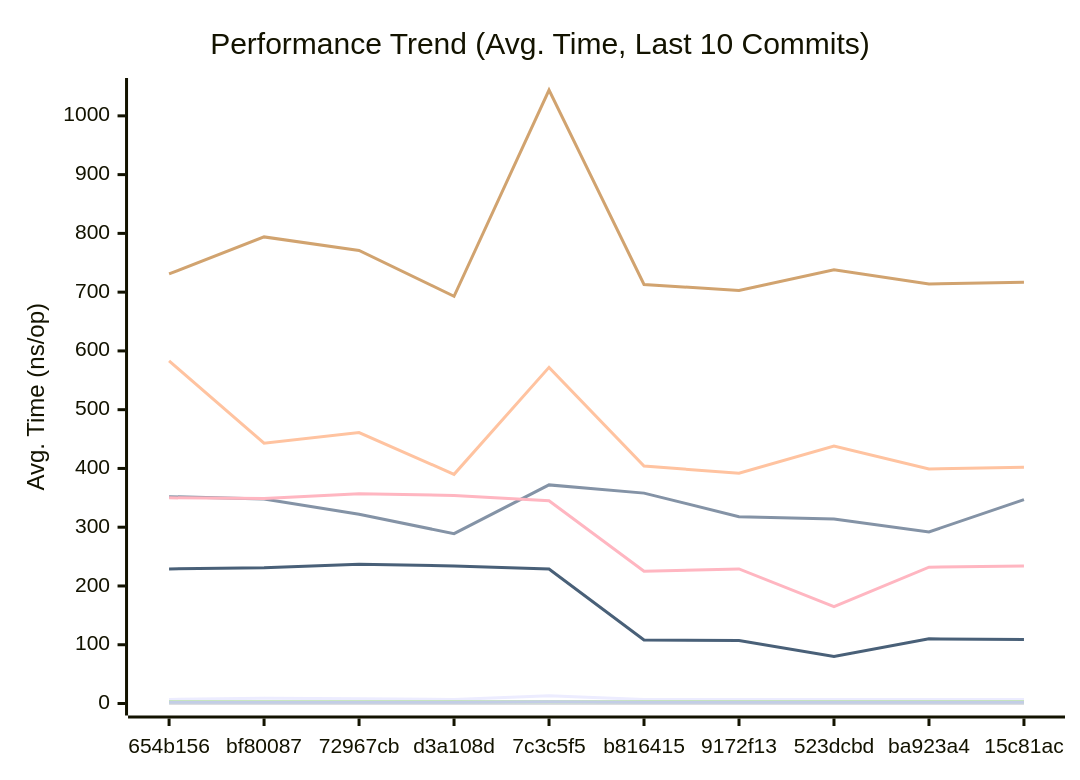
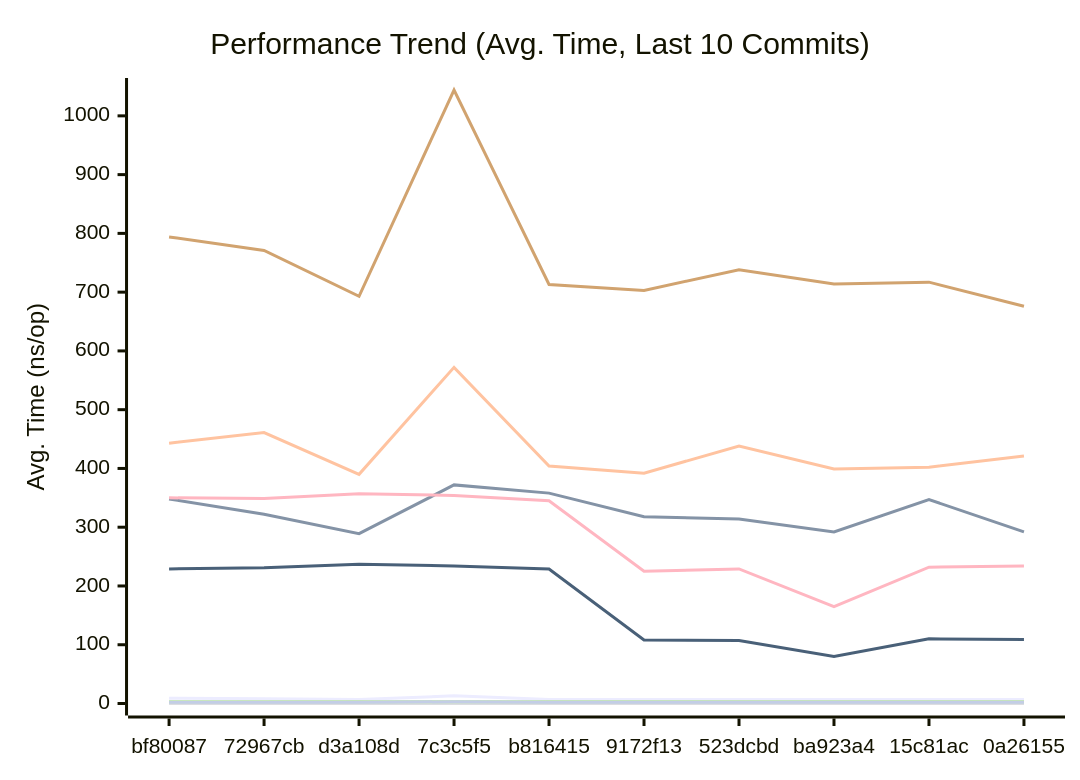
The first of 3 diagrams in docs/PERFORMANCE.md (alsotoes/momo), drawn with Mermaid before and after one commit. The commit also changed other lines of this file and 2 other files, not shown here.

````diff
--- a/docs/PERFORMANCE.md
+++ b/docs/PERFORMANCE.md
@@ -80,16 +80,16 @@
 ```mermaid
 xychart-beta
     title "Performance Trend (Avg. Time, Last 10 Commits)"
     x-axis "Commit"
     y-axis "Avg. Time (ns/op)"
-    x-axis [654b156,bf80087,72967cb,d3a108d,7c3c5f5,b816415,9172f13,523dcbd,ba923a4,15c81ac]
-    line "CheckMetricsAndSwap" [7,9,8,7,13,7,7,7,7,7]
-    line "CrushOptimized" [352,348,322,289,372,358,318,314,292,347]
-    line "CrushOriginal" [583,443,461,390,572,404,392,438,399,402]
+    x-axis [bf80087,72967cb,d3a108d,7c3c5f5,b816415,9172f13,523dcbd,ba923a4,15c81ac,0a26155]
+    line "CheckMetricsAndSwap" [9,8,7,13,7,7,7,7,7,7]
+    line "CrushOptimized" [348,322,289,372,358,318,314,292,347,292]
+    line "CrushOriginal" [443,461,390,572,404,392,438,399,402,421]
     line "IndexDirectTracking" [0,0,0,0,0,0,0,0,0,0]
     line "IndexSearch" [3,3,3,3,3,3,3,3,3,3]
-    line "LoadGlobalConfig" [731,794,771,693,1044,713,703,738,714,717]
-    line "PadString" [2,2,2,2,3,2,2,2,2,2]
+    line "LoadGlobalConfig" [794,771,693,1044,713,703,738,714,717,676]
+    line "PadString" [2,2,2,3,2,2,2,2,2,2]
     line "ParseReplicationOrder_NoPrealloc" [350,349,357,354,345,225,229,165,232,234]
     line "ParseReplicationOrder_Prealloc" [229,231,237,234,229,108,107,80,110,109]
 ```
````
